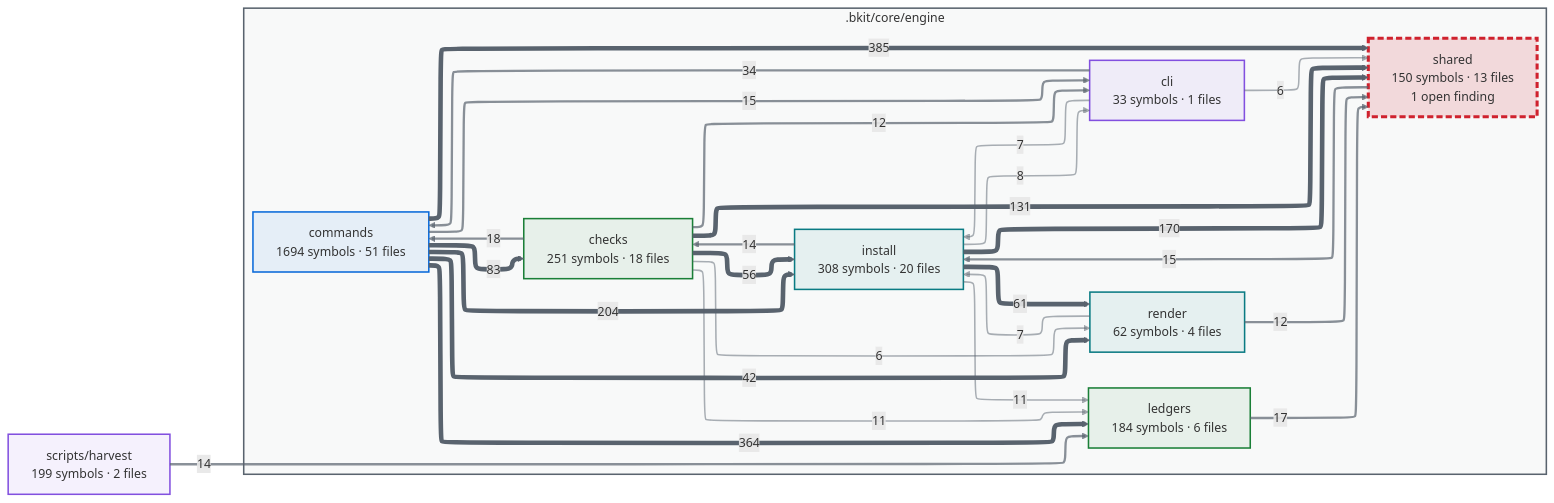
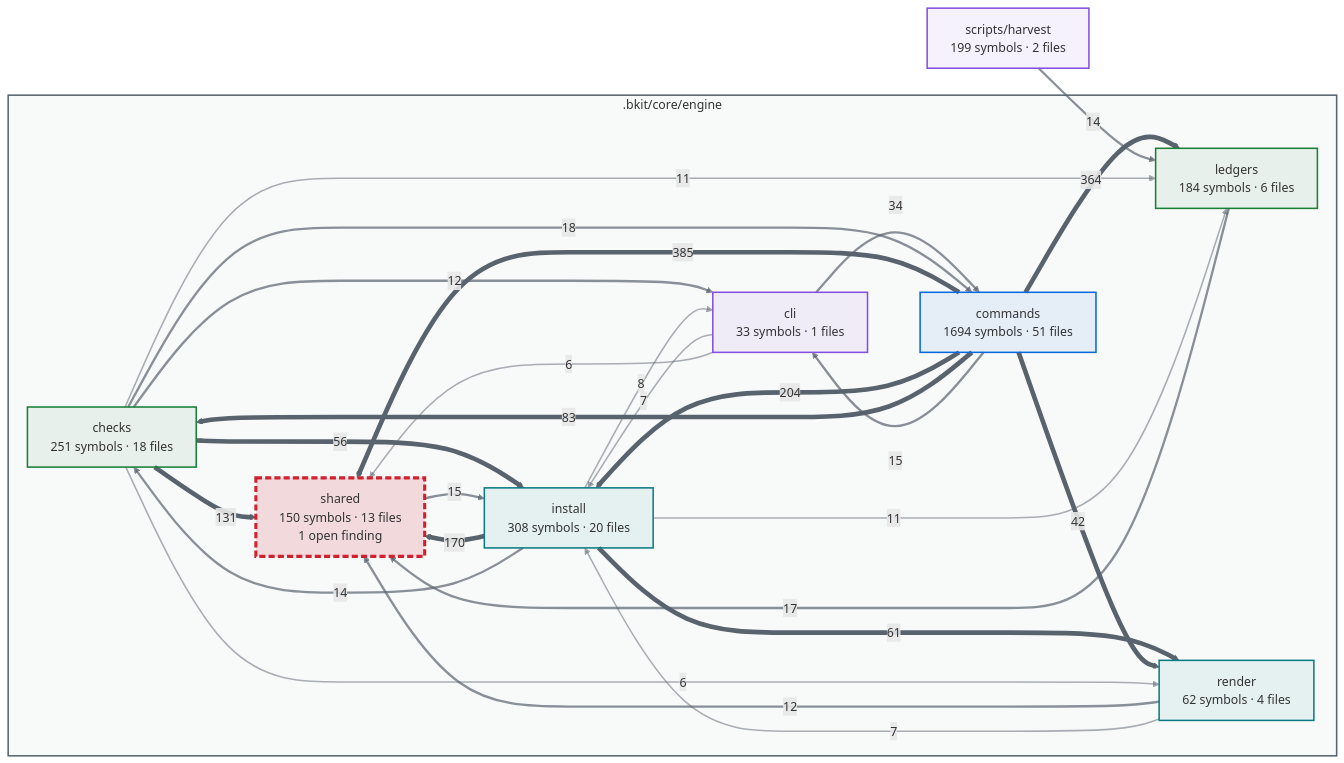
Before and after one commit to cbartens/bkit: the first of 2 diagrams in docs/capabilities.md, drawn with Mermaid. The commit also changed other lines of this file and 6 other files, not shown here.

Commit message:
docs: use Dagre for generated capability diagrams

````diff
--- a/docs/capabilities.md
+++ b/docs/capabilities.md
@@ -154,80 +154,80 @@
 ```mermaid
 ---
 config:
-  layout: elk
+  layout: dagre
   themeCSS: "marker { overflow: visible; } marker path { transform: scale(1.8); transform-origin: 5px 5px; }"
   flowchart:
     useMaxWidth: false
 ---
 flowchart LR
   %% Generated by bkit-graphify-rollup.py — do not edit
   subgraph gn_bkit_core_engine[".bkit/core/engine"]
     n_bkit_core_engine_checks["checks<br/>251 symbols · 18 files"]
     n_bkit_core_engine_cli["cli<br/>33 symbols · 1 files"]
     n_bkit_core_engine_commands["commands<br/>1694 symbols · 51 files"]
     n_bkit_core_engine_install["install<br/>308 symbols · 20 files"]
     n_bkit_core_engine_ledgers["ledgers<br/>184 symbols · 6 files"]
     n_bkit_core_engine_render["render<br/>62 symbols · 4 files"]
     n_bkit_core_engine_shared["shared<br/>150 symbols · 13 files<br/>1 open finding"]
   end
   nscripts_harvest["scripts/harvest<br/>199 symbols · 2 files"]
   n_bkit_core_engine_commands -->|385| n_bkit_core_engine_shared
   n_bkit_core_engine_commands -->|364| n_bkit_core_engine_ledgers
   n_bkit_core_engine_commands -->|204| n_bkit_core_engine_install
   n_bkit_core_engine_install -->|170| n_bkit_core_engine_shared
   n_bkit_core_engine_checks -->|131| n_bkit_core_engine_shared
   n_bkit_core_engine_commands -->|83| n_bkit_core_engine_checks
   n_bkit_core_engine_install -->|61| n_bkit_core_engine_render
   n_bkit_core_engine_checks -->|56| n_bkit_core_engine_install
   n_bkit_core_engine_commands -->|42| n_bkit_core_engine_render
   n_bkit_core_engine_cli -->|34| n_bkit_core_engine_commands
   n_bkit_core_engine_checks -->|18| n_bkit_core_engine_commands
   n_bkit_core_engine_ledgers -->|17| n_bkit_core_engine_shared
   n_bkit_core_engine_shared -->|15| n_bkit_core_engine_install
   n_bkit_core_engine_commands -->|15| n_bkit_core_engine_cli
   n_bkit_core_engine_install -->|14| n_bkit_core_engine_checks
   nscripts_harvest -->|14| n_bkit_core_engine_ledgers
   n_bkit_core_engine_checks -->|12| n_bkit_core_engine_cli
   n_bkit_core_engine_render -->|12| n_bkit_core_engine_shared
   n_bkit_core_engine_checks -->|11| n_bkit_core_engine_ledgers
   n_bkit_core_engine_install -->|11| n_bkit_core_engine_ledgers
   n_bkit_core_engine_install -->|8| n_bkit_core_engine_cli
   n_bkit_core_engine_cli -->|7| n_bkit_core_engine_install
   n_bkit_core_engine_render -->|7| n_bkit_core_engine_install
   n_bkit_core_engine_checks -->|6| n_bkit_core_engine_render
   n_bkit_core_engine_cli -->|6| n_bkit_core_engine_shared
   style gn_bkit_core_engine fill:#59636e0a,stroke:#59636e,stroke-width:2px
   style n_bkit_core_engine_checks stroke:#1a7f37,stroke-width:2px,fill:#1a7f3714
   style n_bkit_core_engine_cli stroke:#8250df,stroke-width:2px,fill:#8250df14
   style n_bkit_core_engine_commands stroke:#0969da,stroke-width:2px,fill:#0969da14
   style n_bkit_core_engine_install stroke:#0a7b83,stroke-width:2px,fill:#0a7b8314
   style n_bkit_core_engine_ledgers stroke:#1a7f37,stroke-width:2px,fill:#1a7f3714
   style n_bkit_core_engine_render stroke:#0a7b83,stroke-width:2px,fill:#0a7b8314
   style n_bkit_core_engine_shared stroke:#cf222e,stroke-width:4px,stroke-dasharray:8 4,fill:#cf222e26
   style nscripts_harvest stroke:#8250df,stroke-width:2px,fill:#8250df14
   linkStyle 0 stroke:#59636e,stroke-width:6px
   linkStyle 1 stroke:#59636e,stroke-width:6px
   linkStyle 2 stroke:#59636e,stroke-width:6px
   linkStyle 3 stroke:#59636e,stroke-width:6px
   linkStyle 4 stroke:#59636e,stroke-width:6px
   linkStyle 5 stroke:#59636e,stroke-width:6px
   linkStyle 6 stroke:#59636e,stroke-width:6px
   linkStyle 7 stroke:#59636e,stroke-width:6px
   linkStyle 8 stroke:#59636e,stroke-width:6px
   linkStyle 9 stroke:#59636eb3,stroke-width:3px
   linkStyle 10 stroke:#59636eb3,stroke-width:3px
   linkStyle 11 stroke:#59636eb3,stroke-width:3px
   linkStyle 12 stroke:#59636eb3,stroke-width:3px
   linkStyle 13 stroke:#59636eb3,stroke-width:3px
   linkStyle 14 stroke:#59636eb3,stroke-width:3px
   linkStyle 15 stroke:#59636eb3,stroke-width:3px
   linkStyle 16 stroke:#59636eb3,stroke-width:3px
   linkStyle 17 stroke:#59636eb3,stroke-width:3px
   linkStyle 18 stroke:#59636e80,stroke-width:2px
   linkStyle 19 stroke:#59636e80,stroke-width:2px
   linkStyle 20 stroke:#59636e80,stroke-width:2px
   linkStyle 21 stroke:#59636e80,stroke-width:2px
   linkStyle 22 stroke:#59636e80,stroke-width:2px
   linkStyle 23 stroke:#59636e80,stroke-width:2px
   linkStyle 24 stroke:#59636e80,stroke-width:2px
 ```
````
